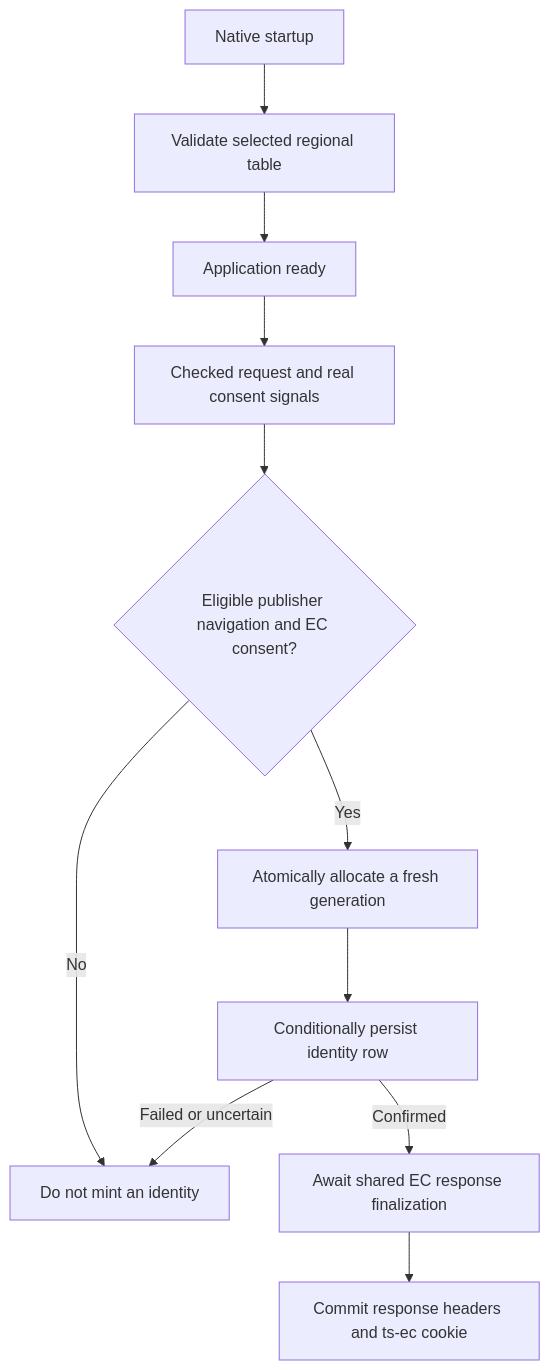
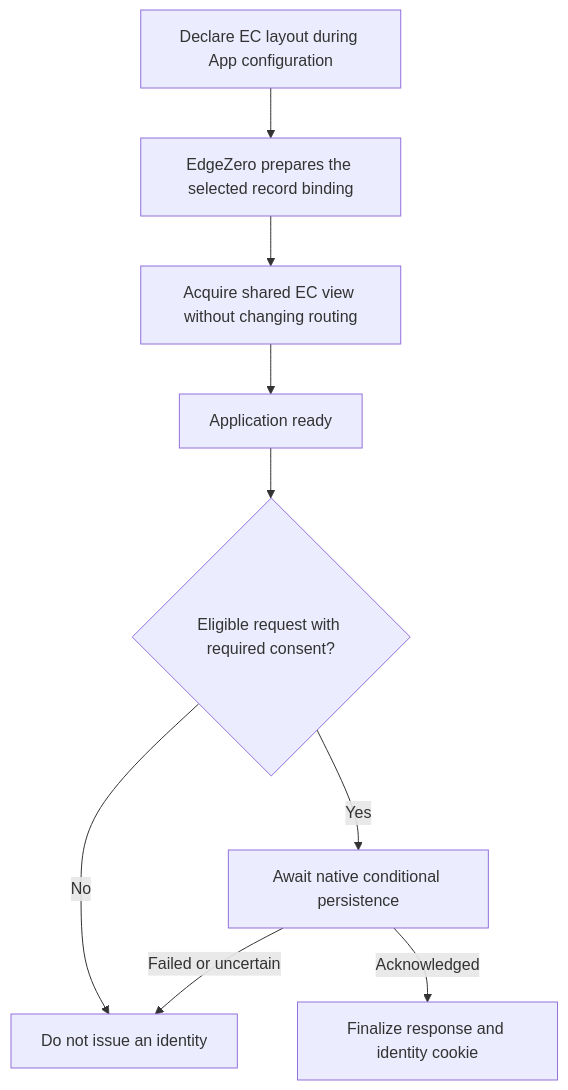
Before and after one commit to IABTechLab/trusted-server: the diagram in docs/guide/native-ec-persistence.md, drawn with Mermaid. The commit also changed other lines of this file and 16 other files, not shown here.

Commit message:
Use shared EdgeZero records for native EC persistence

````diff
--- a/docs/guide/native-ec-persistence.md
+++ b/docs/guide/native-ec-persistence.md
@@ -7,13 +7,11 @@
 ```mermaid
 flowchart TD
-    Start[Native startup] --> Validate[Validate selected regional table]
-    Validate --> Ready[Application ready]
-    Ready --> Request[Checked request and real consent signals]
-    Request --> Gate{Eligible publisher navigation and EC consent?}
-    Gate -->|No| NoMint[Do not mint an identity]
-    Gate -->|Yes| Allocate[Atomically allocate a fresh generation]
-    Allocate --> Persist[Conditionally persist identity row]
-    Persist -->|Confirmed| Finalize[Await shared EC response finalization]
-    Persist -->|Failed or uncertain| NoMint
-    Finalize --> Cookie[Commit response headers and ts-ec cookie]
+    Configure[Declare EC layout during App configuration] --> Prepare[EdgeZero prepares the selected record binding]
+    Prepare --> Acquire[Acquire shared EC view without changing routing]
+    Acquire --> Ready[Application ready]
+    Ready --> Eligible{Eligible request with required consent?}
+    Eligible -->|No| NoCookie[Do not issue an identity]
+    Eligible -->|Yes| Persist[Await native conditional persistence]
+    Persist -->|Acknowledged| Cookie[Finalize response and identity cookie]
+    Persist -->|Failed or uncertain| NoCookie
 ```
````
